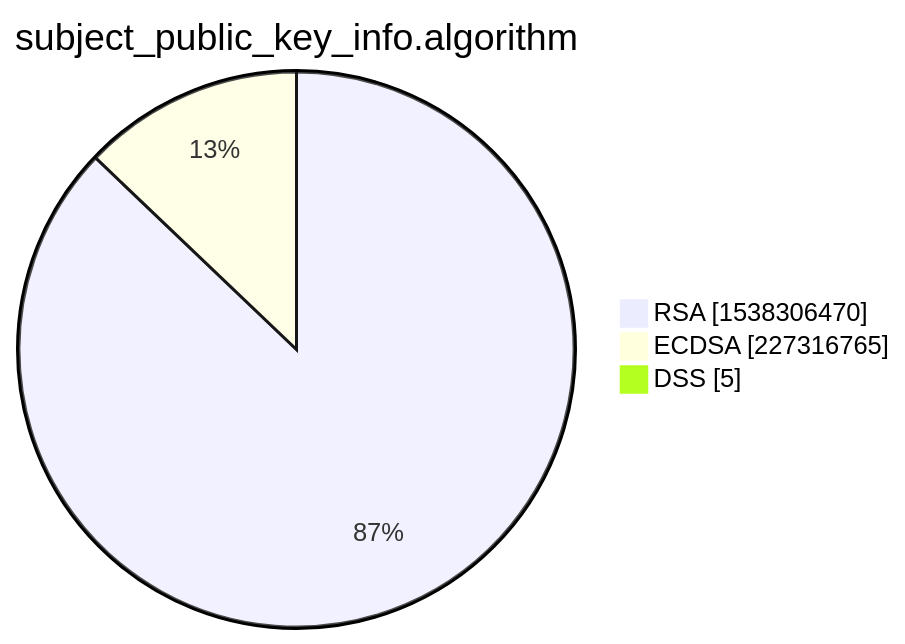
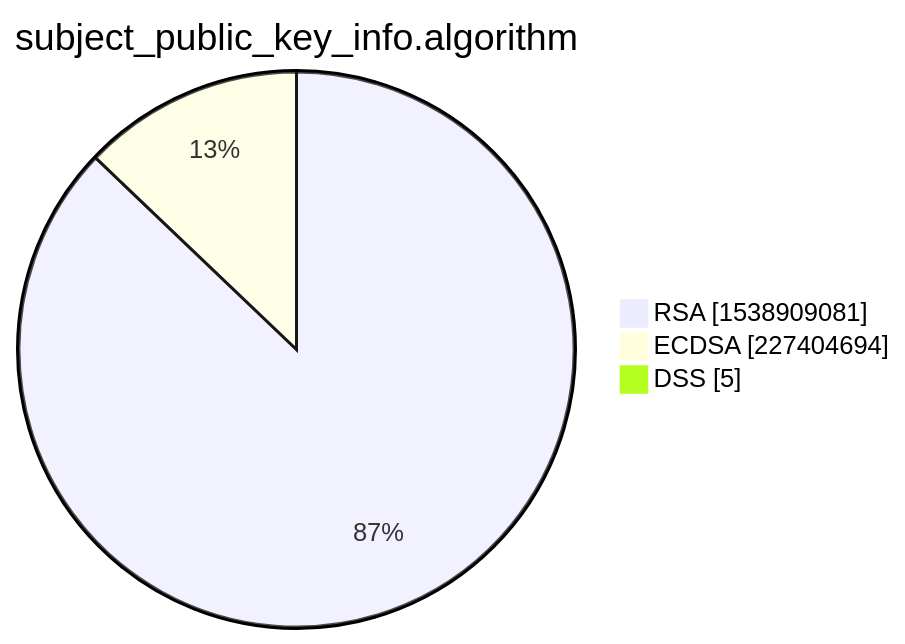
One commit to christiankrug/ctmonitor_visualization changed the third of 15 diagrams in xenon2022/README.md. Above: the diagram before and after it, drawn with Mermaid. The commit also changed other lines of this file, not shown here.

````diff
--- a/xenon2022/README.md
+++ b/xenon2022/README.md
@@ -14,7 +14,7 @@
 ```mermaid
 pie showData
 title subject_public_key_info.algorithm
-"RSA" :1538306470
-"ECDSA" :227316765
+"RSA" :1538909081
+"ECDSA" :227404694
 "DSS" :5
 ```
````
